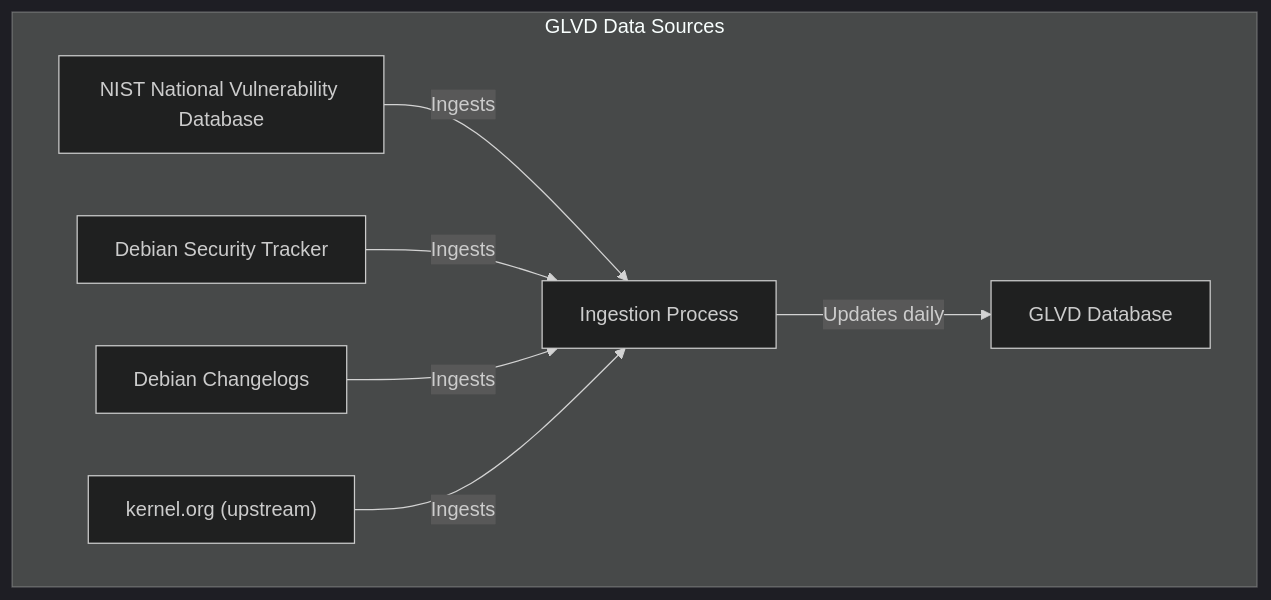
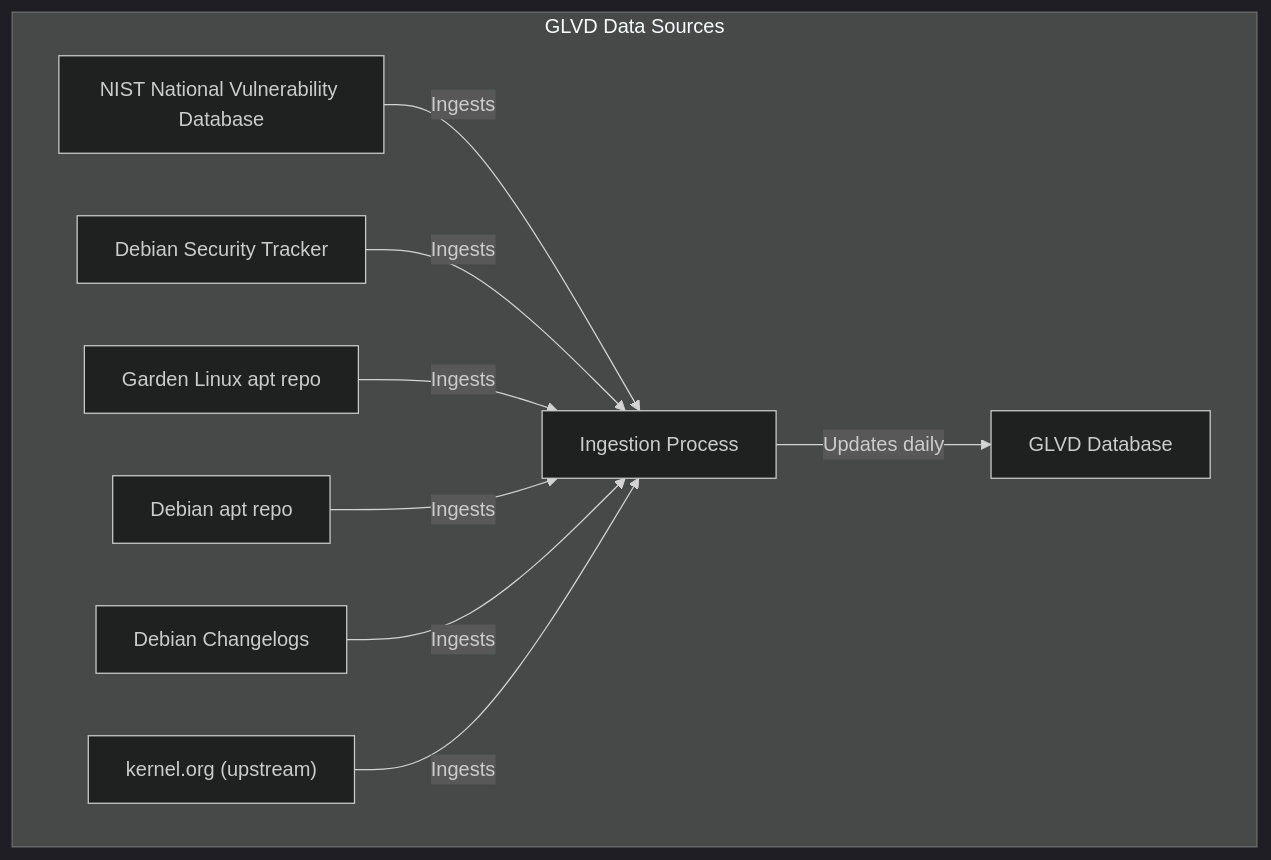
Before and after one commit to gardenlinux/glvd-data-ingestion: the diagram in README.md, drawn with Mermaid (dark theme). The commit also changed other lines of this file, not shown here.

Commit message:
Enhance README with additional data sources and ingestion details

````diff
--- a/README.md
+++ b/README.md
@@ -19,17 +20,21 @@
 ```mermaid
 flowchart TD
     subgraph Cloud["GLVD Data Sources"]
         NVD["NIST National Vulnerability Database"]
         DEB["Debian Security Tracker"]
         CHANGELOGS["Debian Changelogs"]
         KERNEL["kernel.org (upstream)"]
+        GLAPT["Garden Linux apt repo"]
+        DEBAPT["Debian apt repo"]
         INGESTION["Ingestion Process"]
         DB["GLVD Database"]
     end
 
     NVD -- Ingests --> INGESTION
     DEB -- Ingests --> INGESTION
+    GLAPT -- Ingests --> INGESTION
+    DEBAPT -- Ingests --> INGESTION
     CHANGELOGS -- Ingests --> INGESTION
     KERNEL -- Ingests --> INGESTION
     INGESTION -- Updates daily --> DB
 ```
````
